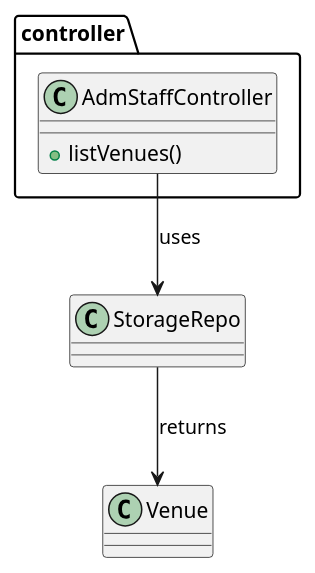
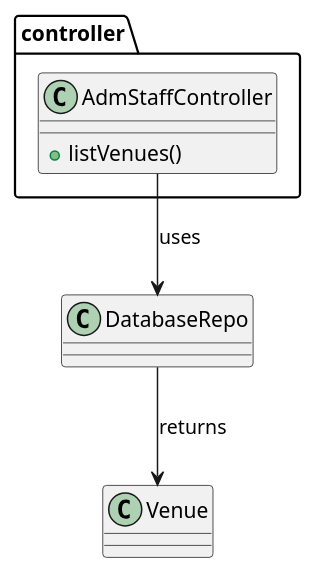
The second of 2 diagrams in SWD392/class_diagrams/46_list_venue.puml (iamSlightlyWind/Legacy), drawn with PlantUML before and after one commit. The commit also changed other lines of this file and 9 other files, not shown here.

```diff
--- a/SWD392/class_diagrams/46_list_venue.puml
+++ b/SWD392/class_diagrams/46_list_venue.puml
@@ -36,10 +36,10 @@
 @startuml
 package controller {
     class AdmStaffController {
         +listVenues()
     }
 }
 
-AdmStaffController --> StorageRepo : uses
-StorageRepo --> Venue : returns
+AdmStaffController --> DatabaseRepo : uses
+DatabaseRepo --> Venue : returns
 @enduml
```
